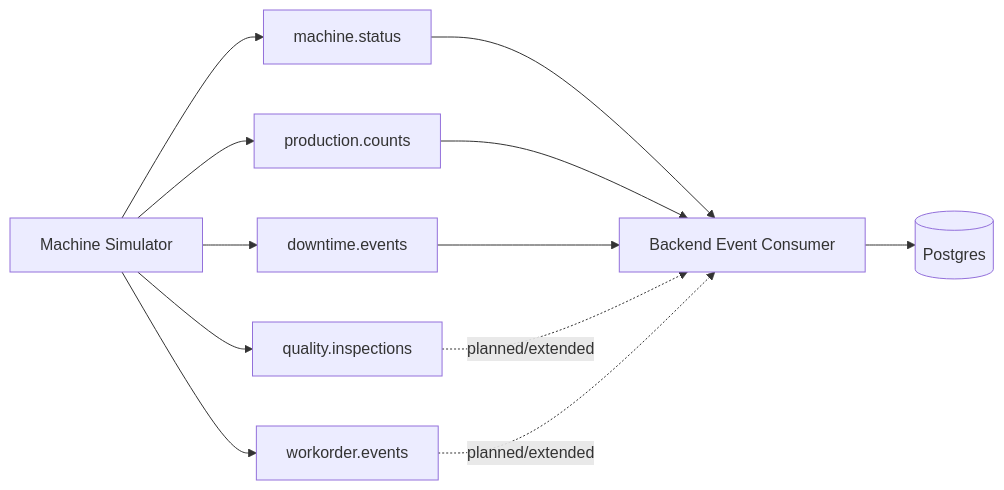
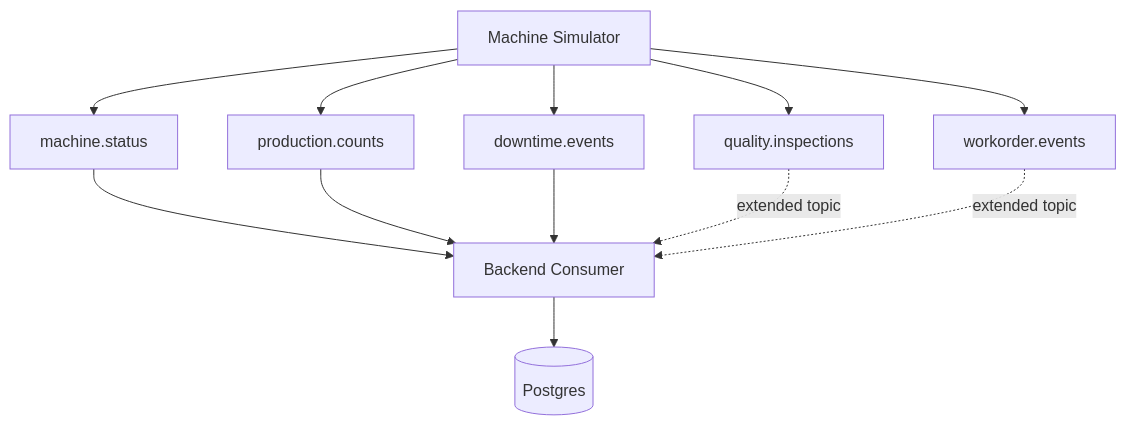
The fifth of 7 diagrams in README.md (parthoece/fabiq-smart-factory), drawn with Mermaid before and after one commit. The commit also changed other lines of this file, not shown here.

Commit message:
modified readme visual diagram

````diff
--- a/README.md
+++ b/README.md
@@ -168,16 +118,18 @@
 ```mermaid
-flowchart LR
-    Sim[Machine Simulator] --> T1[machine.status]
-    Sim --> T2[production.counts]
-    Sim --> T3[downtime.events]
-    Sim --> T4[quality.inspections]
-    Sim --> T5[workorder.events]
+flowchart TB
+    A[Machine Simulator]
 
-    T1 --> Api[Backend Event Consumer]
-    T2 --> Api
-    T3 --> Api
-    T4 -. planned/extended .-> Api
-    T5 -. planned/extended .-> Api
+    A --> B[machine.status]
+    A --> C[production.counts]
+    A --> D[downtime.events]
+    A --> E[quality.inspections]
+    A --> F[workorder.events]
 
-    Api --> Db[(Postgres)]
+    B --> G[Backend Consumer]
+    C --> G
+    D --> G
+    E -. extended topic .-> G
+    F -. extended topic .-> G
+
+    G --> H[(Postgres)]
 ```
````
